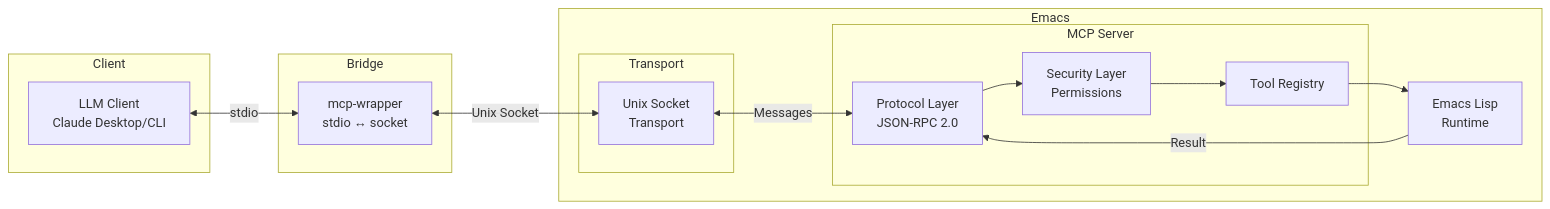
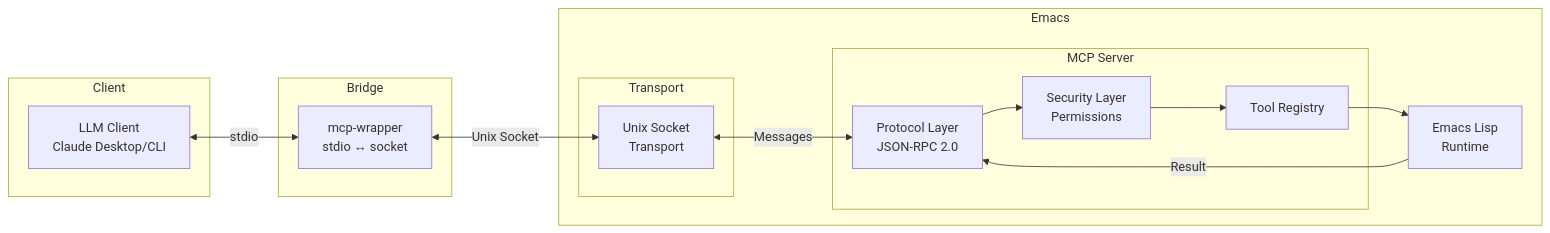
Before and after one commit to rhblind/emacs-mcp-server: the diagram in README.md, drawn with Mermaid.

Commit message:
docs: Add visual spacer to architecture flowchart
Add invisible spacer node to improve layout spacing between client and server sections in the MCP architecture diagram

````diff
--- a/README.md
+++ b/README.md
@@ -439,32 +439,35 @@
 ```mermaid
 flowchart LR
     subgraph Client
         LLM[LLM Client<br/>Claude Desktop/CLI]
     end
 
     subgraph Bridge
         Wrapper[mcp-wrapper<br/>stdio ↔ socket]
     end
 
     subgraph Emacs
         subgraph Transport
             Socket[Unix Socket<br/>Transport]
         end
+
+        spacer[ ]
+        style spacer fill:none,stroke:none
 
         subgraph MCP["MCP Server"]
             Protocol[Protocol Layer<br/>JSON-RPC 2.0]
             Security[Security Layer<br/>Permissions]
             Tools[Tool Registry]
         end
 
         Elisp[Emacs Lisp<br/>Runtime]
     end
 
     LLM <-->|stdio| Wrapper
     Wrapper <-->|Unix Socket| Socket
     Socket <-->|Messages| Protocol
     Protocol --> Security
     Security --> Tools
     Tools --> Elisp
     Elisp -->|Result| Protocol
 ```
````
